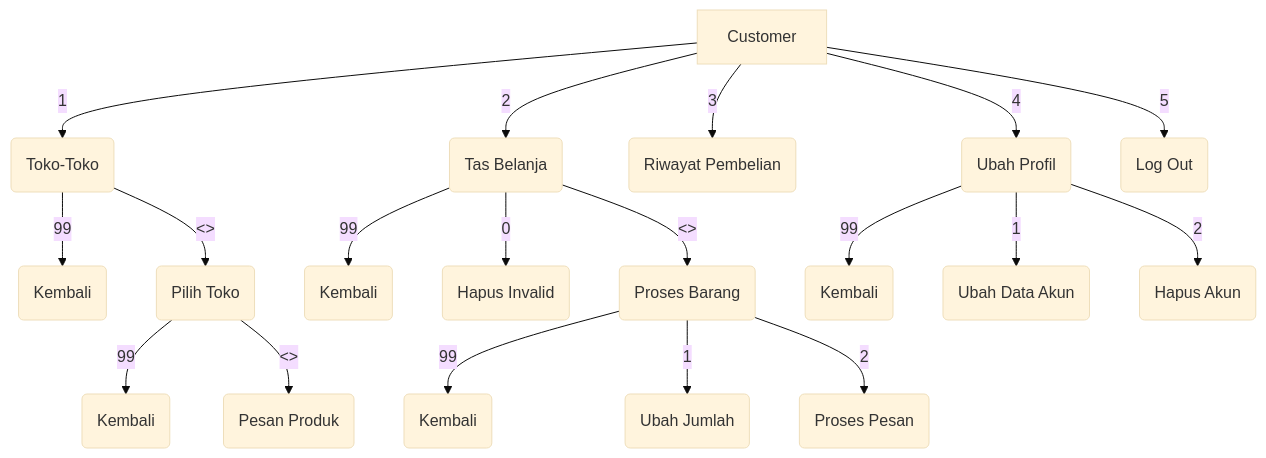
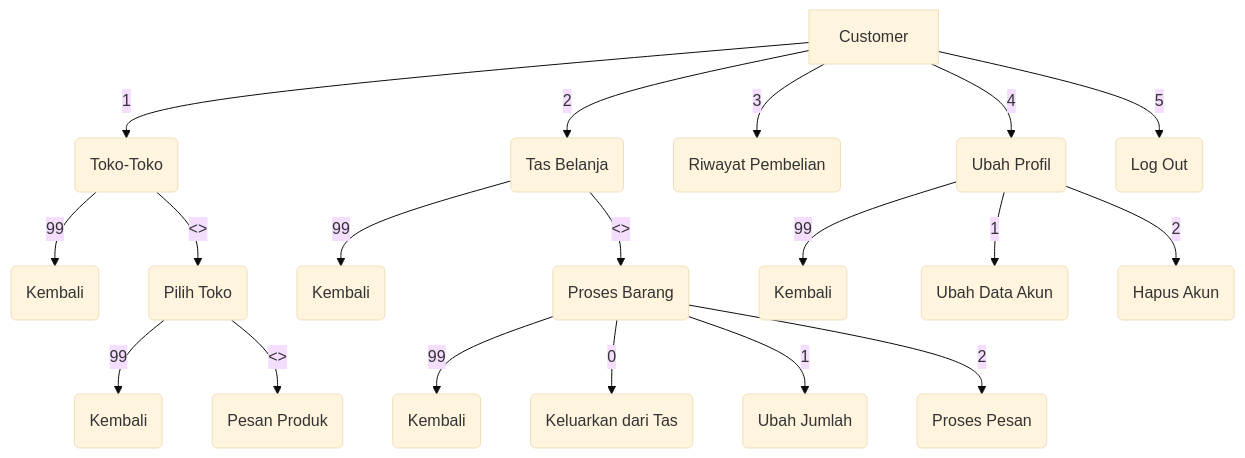
One commit to Viabelous/ProjekAkhirPBO changed the first of 3 diagrams in README.md. Above: the diagram before and after it, drawn with Mermaid (base theme). The commit also changed other lines of this file, not shown here.

````diff
--- a/README.md
+++ b/README.md
@@ -29,24 +28,25 @@
 ```mermaid
 graph 
+
 A[Customer] -- 1 --> B(Toko-Toko)
 B --99 --> BA(Kembali)
 B -- <> --> BB(Pilih Toko)
 	BB -- 99 --> BBA(Kembali)
 	BB -- <> --> BBB(Pesan Produk)
 
 A -- 2 --> C(Tas Belanja)
 C -- 99 --> CA(Kembali)
-C -- 0 --> CB(Hapus Invalid)
 C -- <> --> CC(Proses Barang)
 	CC -- 99 --> CCA(Kembali)
-	CC -- 1 --> CCB(Ubah Jumlah)
-	CC -- 2 --> CCC(Proses Pesan)
+	CC -- 0 --> CCB(Keluarkan dari Tas)
+	CC -- 1 --> CCC(Ubah Jumlah)
+	CC -- 2 --> CCD(Proses Pesan)
 
 A -- 3 --> D(Riwayat Pembelian)
 A -- 4 --> E(Ubah Profil)
 E -- 99 --> EA(Kembali)
 E -- 1 --> EB(Ubah Data Akun)
 E -- 2 --> EC(Hapus Akun)
 
 A -- 5 --> F(Log Out)
 ```
````
